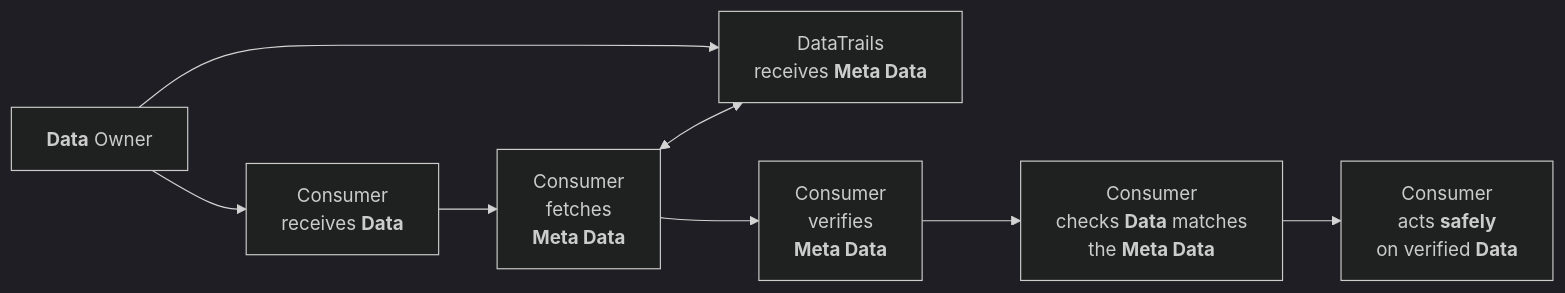
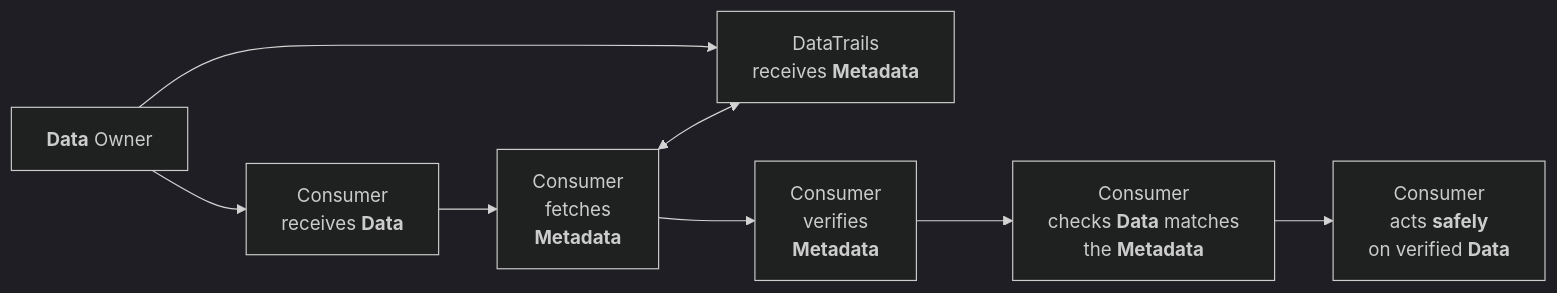
Before and after one commit to datatrails/datatrails-docs: the first of 5 diagrams in content/developers/developer-patterns/3rdparty-verification/index.md, drawn with Mermaid (dark theme). The commit also changed other lines of this file, not shown here.

````diff
--- a/content/developers/developer-patterns/3rdparty-verification/index.md
+++ b/content/developers/developer-patterns/3rdparty-verification/index.md
@@ -26,20 +26,20 @@
 ```mermaid
 flowchart LR
     C["`**Data** Owner`"] --> D["`DataTrails
-    receives **Meta Data**`"]
+    receives **Metadata**`"]
     C --> S["`Consumer
     receives **Data**`"]
     S --> R
     R["`Consumer
     fetches
-    **Meta Data**`"] <--> D
+    **Metadata**`"] <--> D
     R --> VMD["`Consumer
     verifies
-    **Meta Data**`"]
+    **Metadata**`"]
     VMD --> VA["`Consumer
     checks **Data** matches
-    the **Meta Data**`"]
+    the **Metadata**`"]
     VA --> A["`Consumer
     acts **safely**
     on verified **Data**`"]
 ```
````
